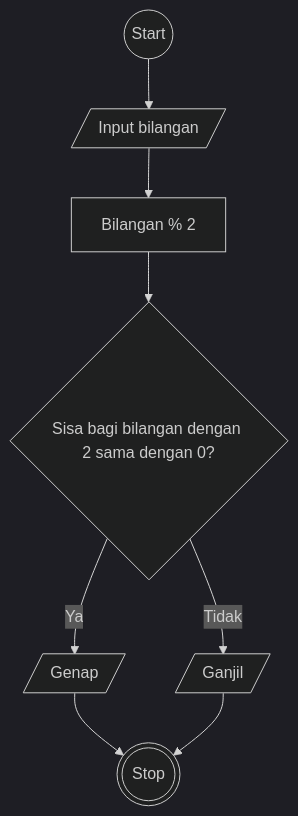
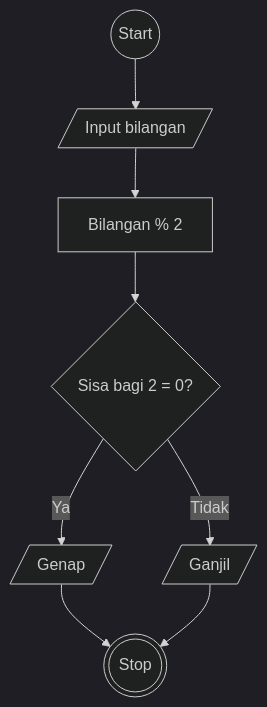
Before and after one commit to rizallk/koda-b1-algoritm: the diagram in koda-b1-algoritm-ganjil-genap.md, drawn with Mermaid (dark theme).

Commit message:
Fix flowchart condition wording for clarity

````diff
--- a/koda-b1-algoritm-ganjil-genap.md
+++ b/koda-b1-algoritm-ganjil-genap.md
@@ -16,9 +16,9 @@
 ``` mermaid
 flowchart TD
   1@{ shape: circle, label: "Start" } -->
   2[/Input bilangan/] -->
   3[Bilangan % 2] -->
-  4{Sisa bagi bilangan dengan 2 sama dengan 0?}
+  4{Sisa bagi 2 = 0?}
   4 --> |Ya| 5[/Genap/] --> 7@{ shape: dbl-circ, label: "Stop" }
   4 --> |Tidak| 6[/Ganjil/] --> 7@{ shape: dbl-circ, label: "Stop" }
 ```
````
